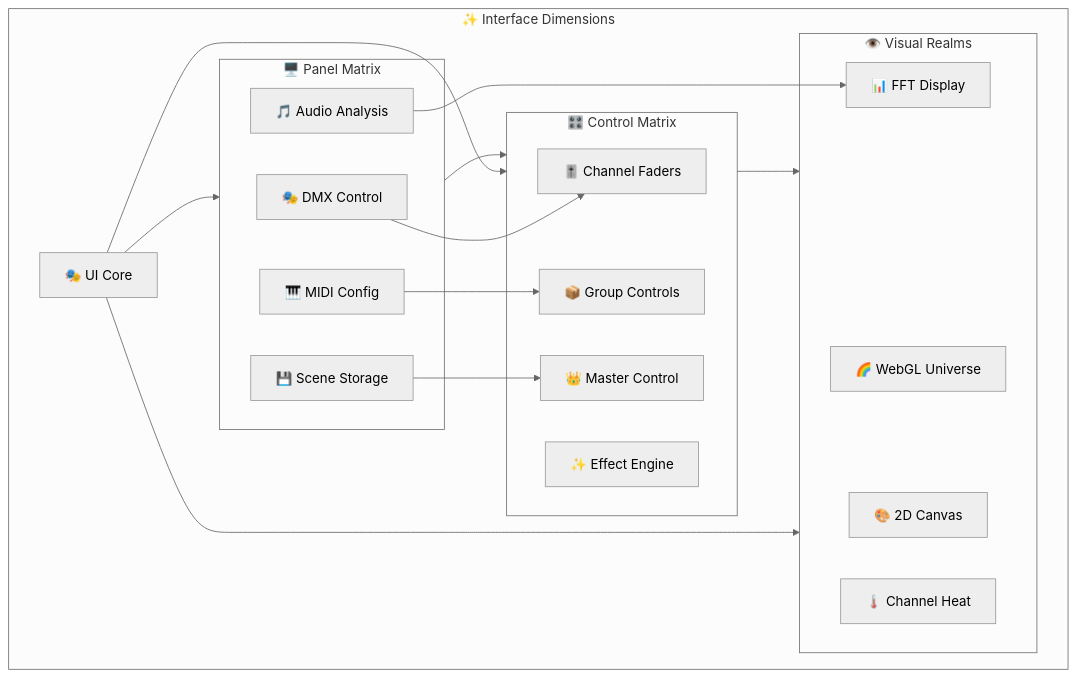
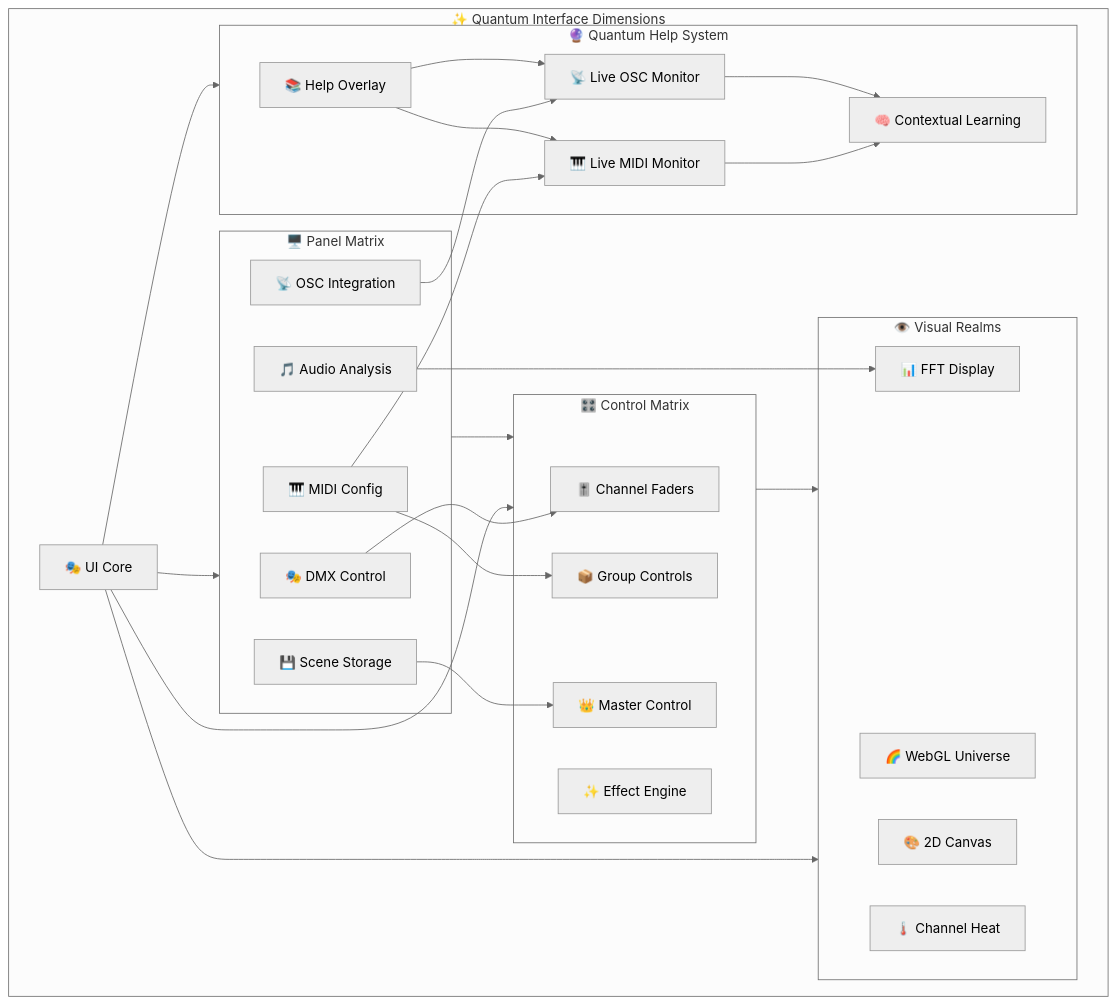
The third of 7 diagrams in README.md (aday1/ArtBastard-DMX512), drawn with Mermaid (neutral theme) before and after one commit. The commit also changed other lines of this file and 4 other files, not shown here.

Commit message:
QUANTUM EDITION - OFFICIAL RELEASE CANDIDATE

````diff
--- a/README.md
+++ b/README.md
@@ -189,39 +258,54 @@
 ```mermaid
 graph TB
-    subgraph Interface["✨ Interface Dimensions"]
+    subgraph Interface["✨ Quantum Interface Dimensions"]
         Root["🎭 UI Core"] --> Panels["🖥️ Control Panels"]
         Root --> Visualizers["👁️ Visualizers"]
         Root --> Controls["🎛️ Control Elements"]
+        Root --> QuantumHelp["🔮 Quantum Help System"]
     end
 
     subgraph Panels["🖥️ Panel Matrix"]
         DMXPanel["🎭 DMX Control"]
         AudioPanel["🎵 Audio Analysis"]
         MIDIPanel["🎹 MIDI Config"]
+        OSCPanel["📡 OSC Integration"]
         ScenePanel["💾 Scene Storage"]
     end
 
-    subgraph Visualizers["👁️ Visual Realms"]
+    subgraph QuantumHelp["🔮 Quantum Help System"]
+        HelpOverlay["📚 Help Overlay"]
+        LiveMIDI["🎹 Live MIDI Monitor"]
+        LiveOSC["📡 Live OSC Monitor"]
+        ContextualLearning["🧠 Contextual Learning"]
+    end    subgraph Visualizers["👁️ Visual Realms"]
         WebGL["🌈 WebGL Universe"]
         Canvas2D["🎨 2D Canvas"]
         FFTVis["📊 FFT Display"]
         Heatmap["🌡️ Channel Heat"]
     end
 
     subgraph Controls["🎛️ Control Matrix"]
         Faders["🎚️ Channel Faders"]
         Master["👑 Master Control"]
         Groups["📦 Group Controls"]
         Effects["✨ Effect Engine"]
     end
 
-    %% Connections
+    %% Quantum Edition Connections
+    MIDIPanel --> LiveMIDI
+    OSCPanel --> LiveOSC
+    HelpOverlay --> LiveMIDI
+    HelpOverlay --> LiveOSC
+    LiveMIDI --> ContextualLearning
+    LiveOSC --> ContextualLearning
+    
+    %% Traditional Connections
     Panels --> Controls
     Controls --> Visualizers
     
     %% Component Connections
     DMXPanel --> Faders
     AudioPanel --> FFTVis
     MIDIPanel --> Groups
     ScenePanel --> Master
 ```
````
